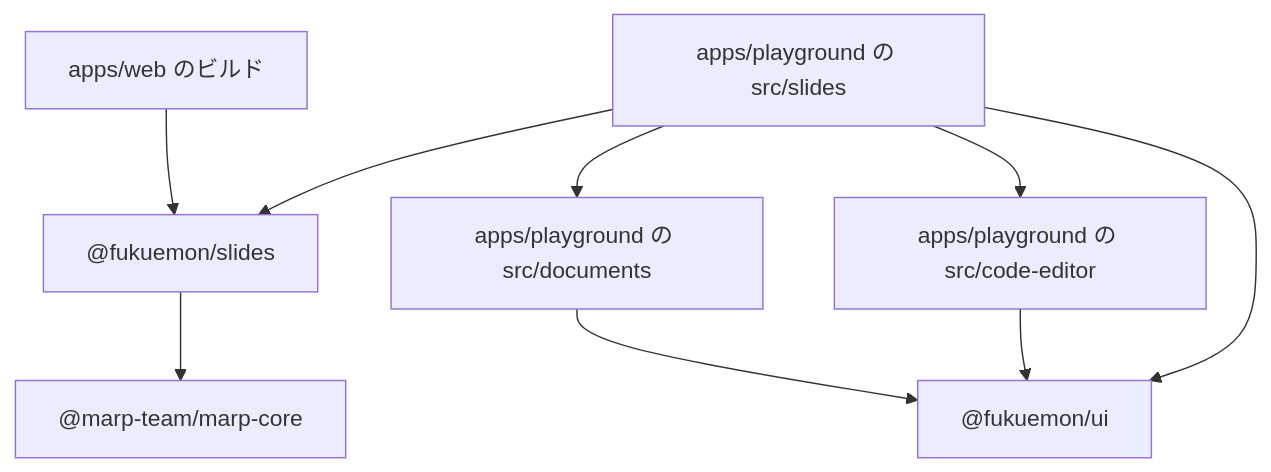
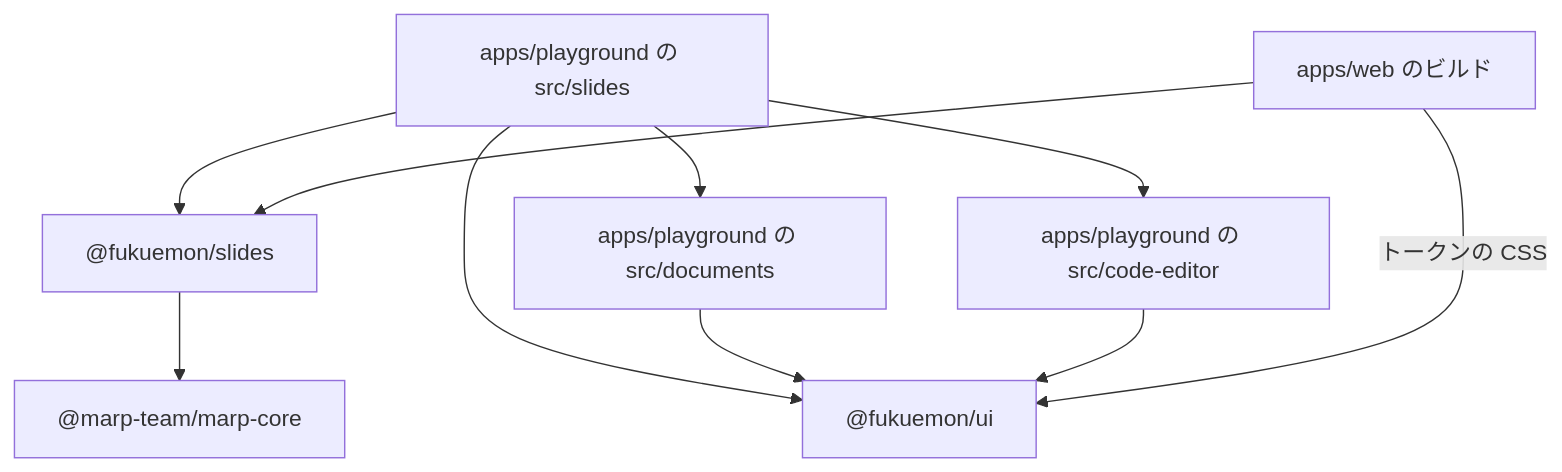
Before and after one commit to Fukuemon/fukuemon.dev: the first of 4 diagrams in docs/design/features/slides/DesignDoc.md, drawn with Mermaid. The commit also changed other lines of this file and 2 other files, not shown here.

````diff
--- a/docs/design/features/slides/DesignDoc.md
+++ b/docs/design/features/slides/DesignDoc.md
@@ -84,19 +86,20 @@
 ```mermaid
 flowchart TB
   page["apps/playground の src/slides"]
   documents["apps/playground の src/documents"]
   editor["apps/playground の src/code-editor"]
   web["apps/web のビルド"]
   slides["@fukuemon/slides"]
   ui["@fukuemon/ui"]
   marp["@marp-team/marp-core"]
 
   page --> slides
   page --> documents
   page --> editor
   page --> ui
   documents --> ui
   editor --> ui
   web --> slides
+  web -->|トークンの CSS| ui
   slides --> marp
 ```
````
